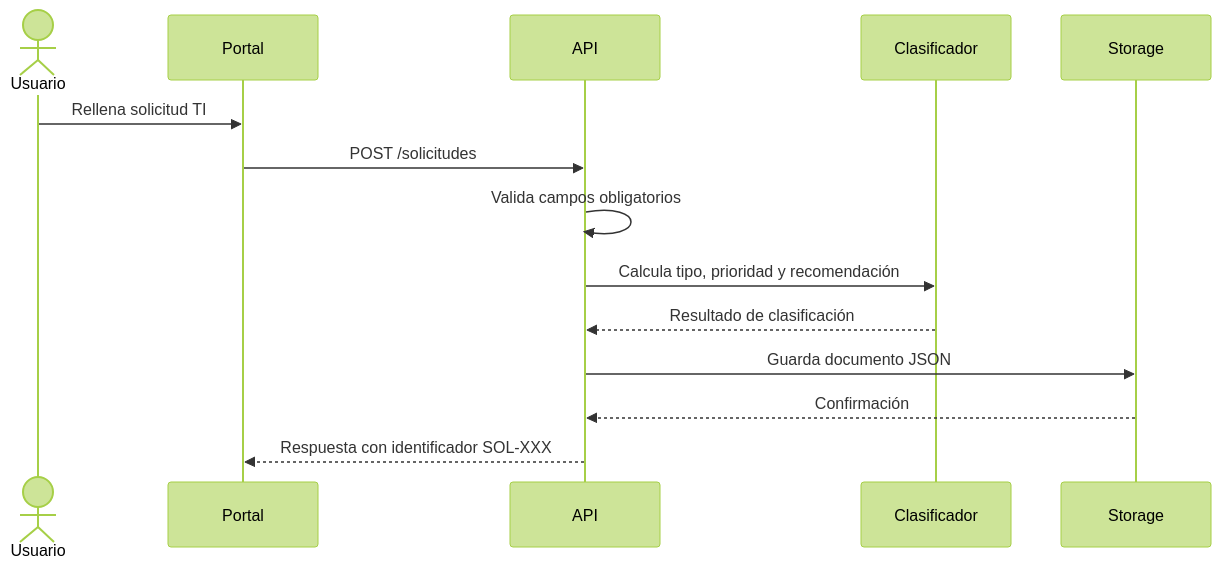
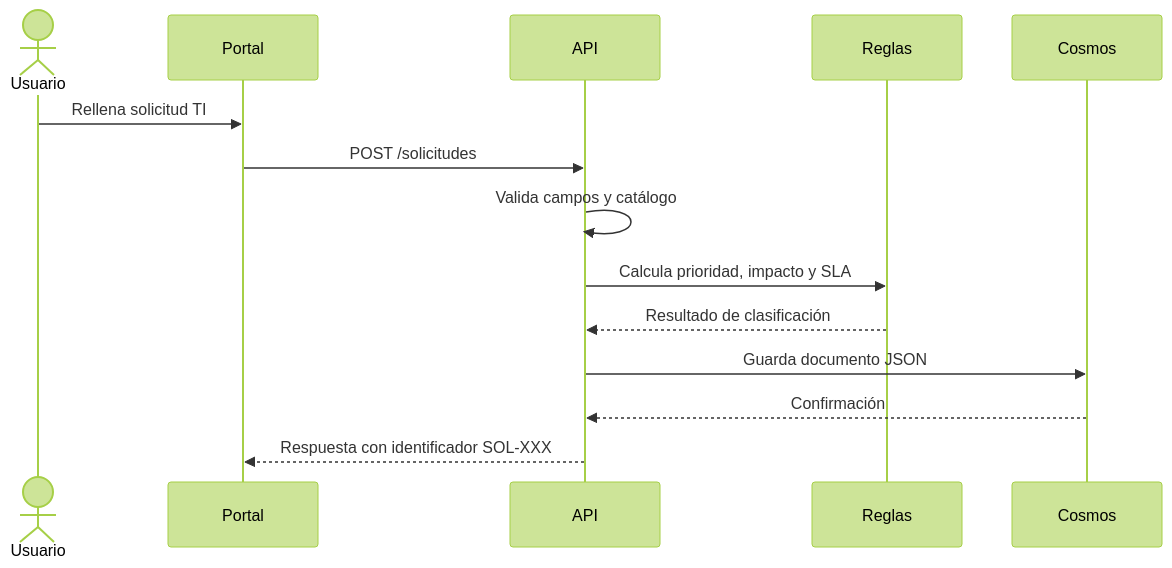
Before and after one commit to karimadrico/tfg-azure-servicio-empresarial-seguro: the second of 5 diagrams in docs/diagramas/diagramas.md, drawn with Mermaid (forest theme). The commit also changed other lines of this file and 15 other files, not shown here.

````diff
--- a/docs/diagramas/diagramas.md
+++ b/docs/diagramas/diagramas.md
@@ -36,17 +39,17 @@
 ```mermaid
 sequenceDiagram
     actor Usuario
     participant Portal
     participant API
-    participant Clasificador
-    participant Storage
+    participant Reglas
+    participant Cosmos
 
     Usuario->>Portal: Rellena solicitud TI
     Portal->>API: POST /solicitudes
-    API->>API: Valida campos obligatorios
-    API->>Clasificador: Calcula tipo, prioridad y recomendación
-    Clasificador-->>API: Resultado de clasificación
-    API->>Storage: Guarda documento JSON
-    Storage-->>API: Confirmación
+    API->>API: Valida campos y catálogo
+    API->>Reglas: Calcula prioridad, impacto y SLA
+    Reglas-->>API: Resultado de clasificación
+    API->>Cosmos: Guarda documento JSON
+    Cosmos-->>API: Confirmación
     API-->>Portal: Respuesta con identificador SOL-XXX
 ```
````
